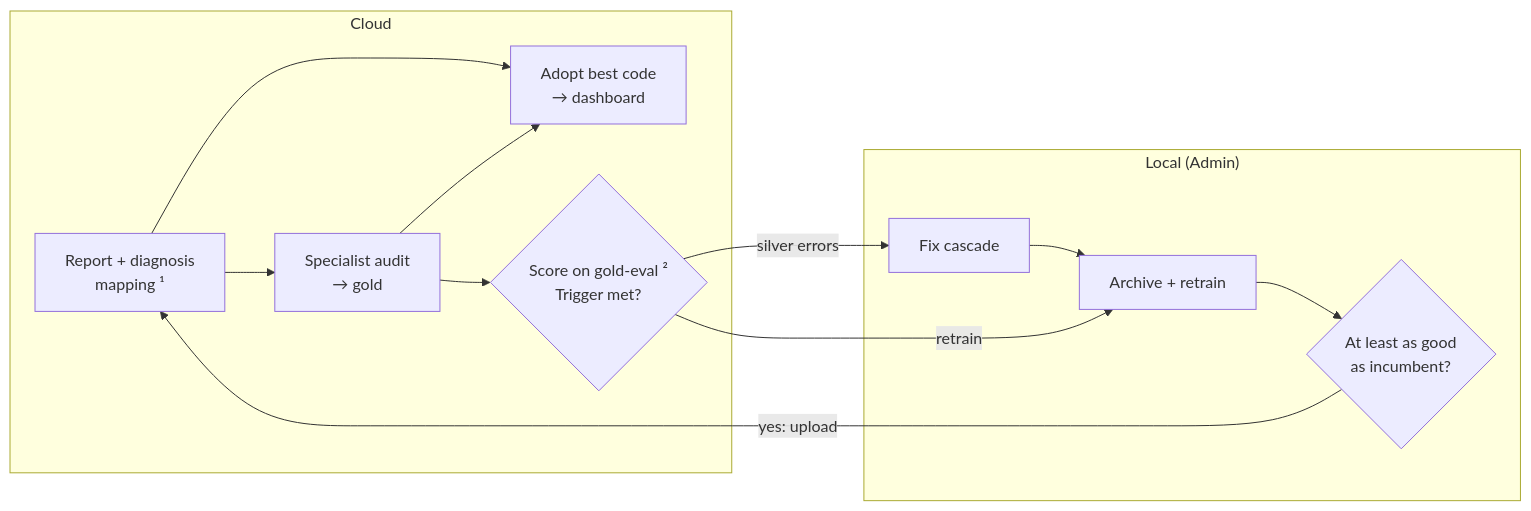
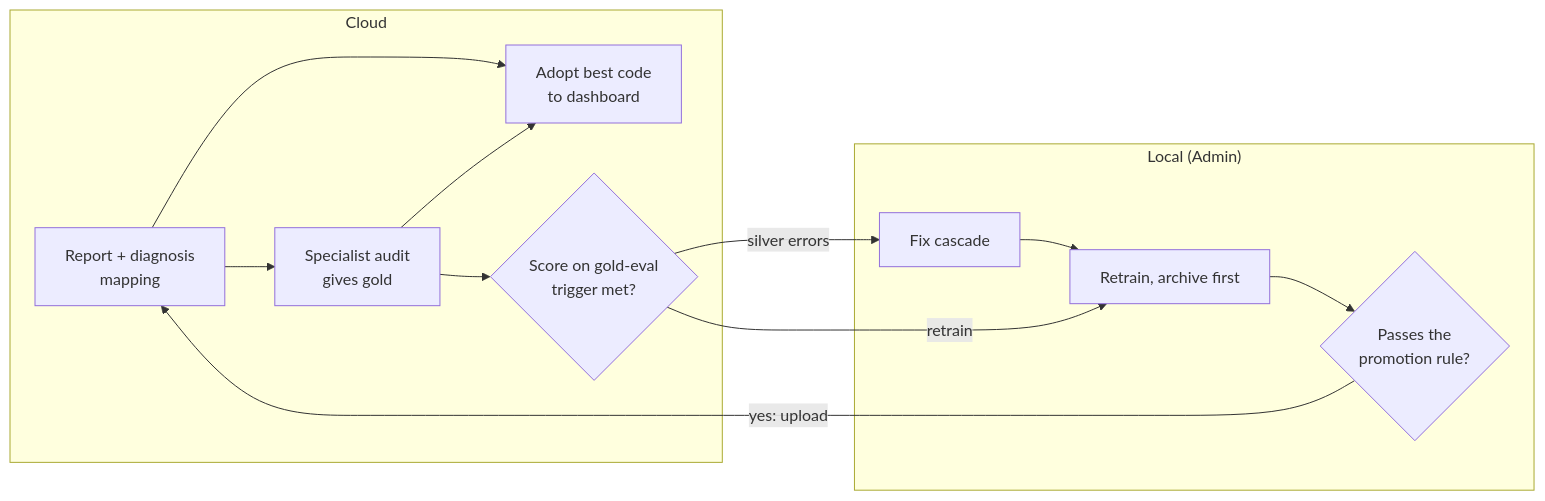
Before and after one commit to YugrajD/UC-Davis-VMTH-Cancer-Registry: the fifth of 6 diagrams in ml/documentation/concepts/icd-mapping-strategy.md, drawn with Mermaid. The commit also changed other lines of this file and 96 other files, not shown here.

Commit message:
Reorganize ML docs into concepts/how-to/reference/history with Mermaid diagrams, experiment records and a docs checker test

````diff
--- a/ml/documentation/concepts/icd-mapping-strategy.md
+++ b/ml/documentation/concepts/icd-mapping-strategy.md
@@ -231,20 +190,20 @@
 ```mermaid
 flowchart LR
-    subgraph CLOUD["Cloud"]
-        MAP["Report + diagnosis<br/>mapping ¹"]
-        ADOPT["Adopt best code<br/>→ dashboard"]
-        AUDIT["Specialist audit<br/>→ gold"]
-        SCORE{"Score on gold-eval ²<br/>Trigger met?"}
+    subgraph cloud["Cloud"]
+        map["Report + diagnosis<br>mapping"]
+        adopt["Adopt best code<br>to dashboard"]
+        audit["Specialist audit<br>gives gold"]
+        score{"Score on gold-eval<br>trigger met?"}
     end
-    subgraph LOCAL["Local (Admin)"]
-        FIX["Fix cascade"]
-        RETRAIN["Archive + retrain"]
-        GATE{"At least as good<br/>as incumbent?"}
+    subgraph local["Local (Admin)"]
+        fix["Fix cascade"]
+        retrain["Retrain, archive first"]
+        gate{"Passes the<br>promotion rule?"}
     end
-    MAP --> ADOPT
-    MAP --> AUDIT --> ADOPT
-    AUDIT --> SCORE
-    SCORE -- "silver errors" --> FIX --> RETRAIN
-    SCORE -- "retrain" --> RETRAIN --> GATE
-    GATE -- "yes: upload" --> MAP
+    map --> adopt
+    map --> audit --> adopt
+    audit --> score
+    score -- "silver errors" --> fix --> retrain
+    score -- "retrain" --> retrain --> gate
+    gate -- "yes: upload" --> map
 ```
````
